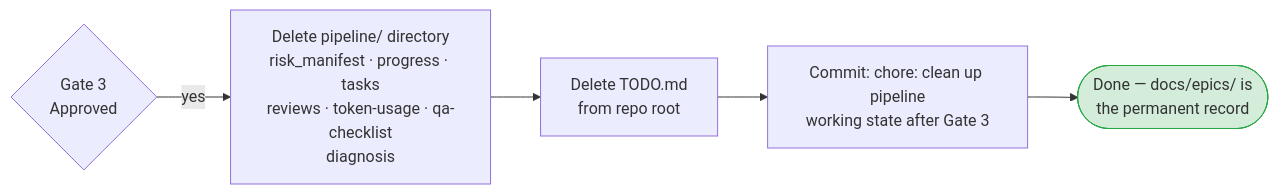
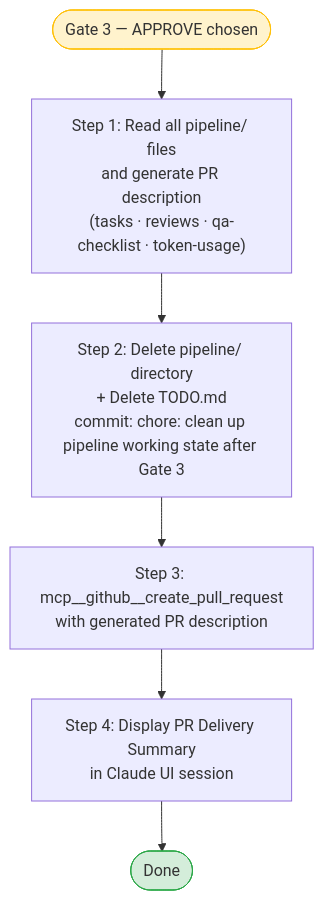
The eighth of 16 diagrams in docs/CLAUDE_WORKFLOW.md (RahulSunnyCS/sentryfront), drawn with Mermaid before and after one commit. The commit also changed other lines of this file and 1 other file, not shown here.

First line of the commit message:
feat: Gate 3 structured approval modal with PR creation and delivery summary

````diff
--- a/docs/CLAUDE_WORKFLOW.md
+++ b/docs/CLAUDE_WORKFLOW.md
@@ -438,9 +453,11 @@
 ```mermaid
-flowchart LR
-    G3{Gate 3\nApproved} -->|yes| C1[Delete pipeline/ directory\nrisk_manifest · progress · tasks\nreviews · token-usage · qa-checklist\ndiagnosis]
-    C1 --> C2[Delete TODO.md\nfrom repo root]
-    C2 --> C3["Commit: chore: clean up pipeline\nworking state after Gate 3"]
-    C3 --> DONE([Done — docs/epics/ is\nthe permanent record])
+flowchart TD
+    A([Gate 3 — APPROVE chosen]) --> B["Step 1: Read all pipeline/ files\nand generate PR description\n(tasks · reviews · qa-checklist · token-usage)"]
+    B --> C["Step 2: Delete pipeline/ directory\n+ Delete TODO.md\ncommit: chore: clean up pipeline working state after Gate 3"]
+    C --> D["Step 3: mcp__github__create_pull_request\nwith generated PR description"]
+    D --> E["Step 4: Display PR Delivery Summary\nin Claude UI session"]
+    E --> F([Done])
 
-    style DONE fill:#d4edda,stroke:#28a745
+    style A fill:#fff3cd,stroke:#ffc107
+    style F fill:#d4edda,stroke:#28a745
 ```
````
